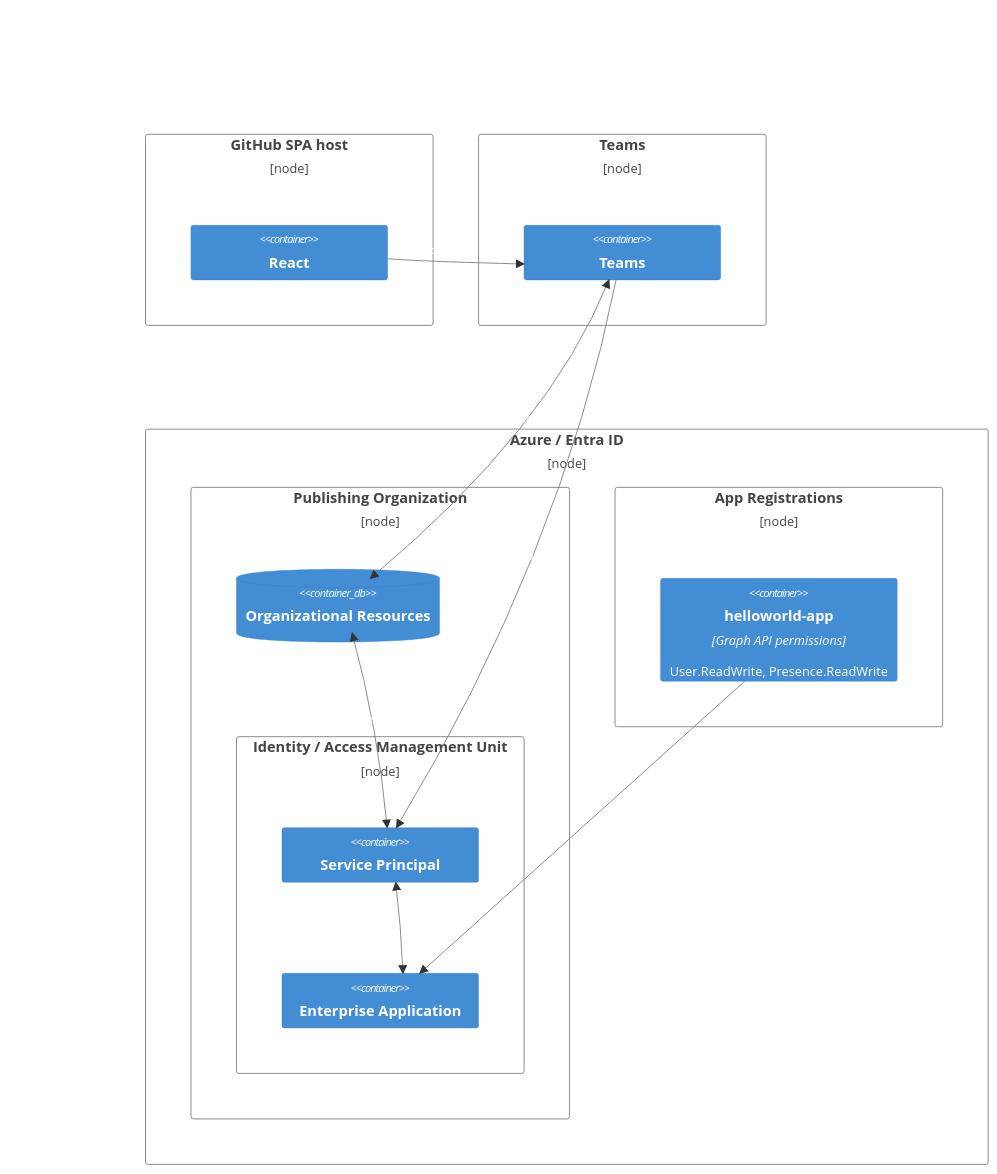
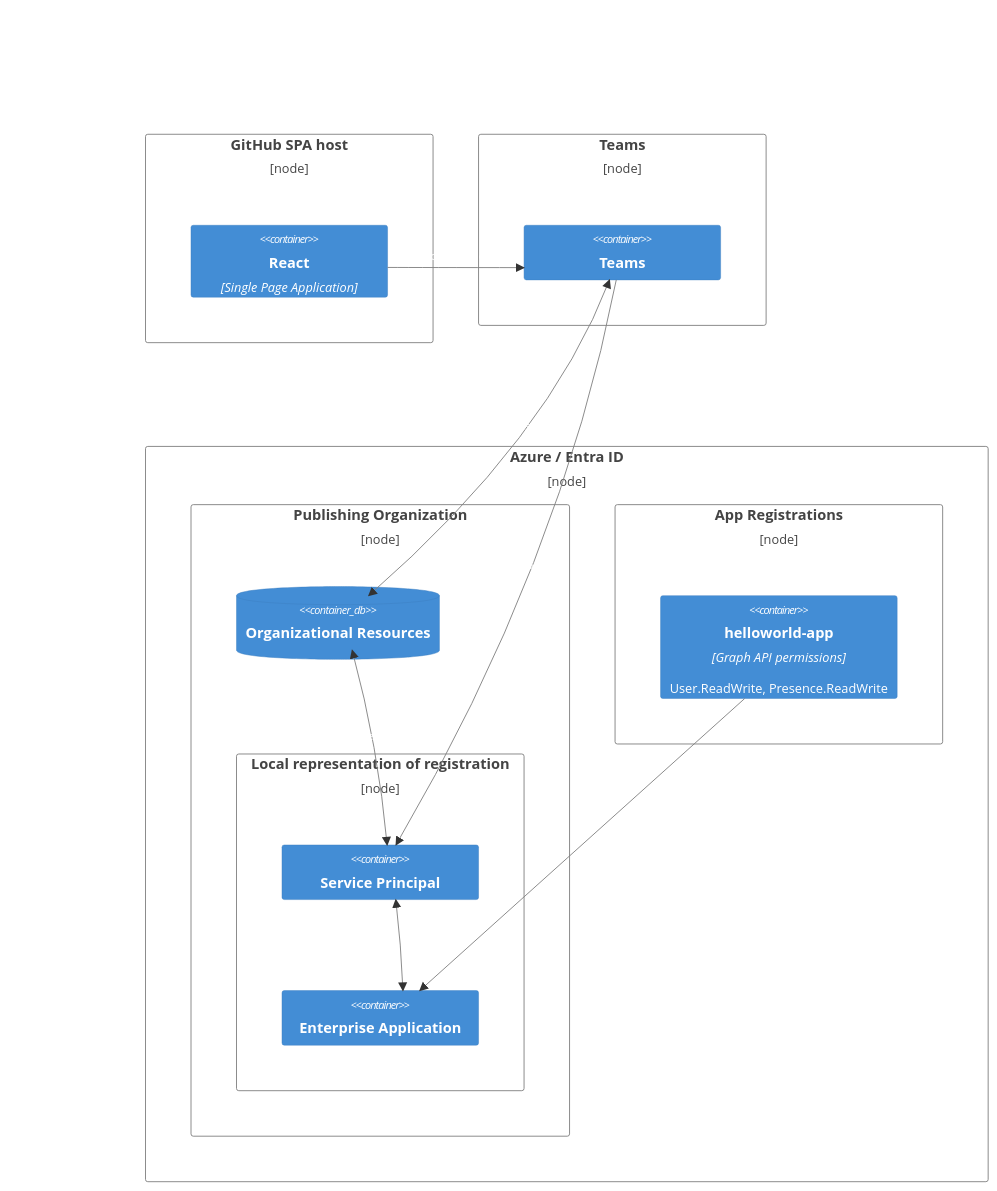
One commit to CynicDog/azure-entra-in-spa changed the diagram in README.md. Above: the diagram before and after it, drawn with Mermaid.

````diff
--- a/README.md
+++ b/README.md
@@ -2,48 +2,48 @@
 ```mermaid
 C4Deployment
     title  
     
     Deployment_Node(github, "GitHub SPA host") {
-        Container(React, "React", "", "")
+        Container(React, "React", "Single Page Application", "")
     }
 
     Deployment_Node(teams, "Teams") {
         Container(Teams, "Teams", "", "")
     }
 
     Deployment_Node(azure, "Azure / Entra ID") {
         Deployment_Node(organizationalResources, "Publishing Organization") {
             ContainerDb(Organizational_Resources, "Organizational Resources", "")
             
-            Deployment_Node(publishingOrganization, "Identity / Access Management Unit") {
+            Deployment_Node(publishingOrganization, "Local representation of registration") {
                 Container(Service_Principal, "Service Principal", "", "")
                 Container(Enterprise_Application, "Enterprise Application", "", "")        
             }
         }
 
         Deployment_Node(appRegistrations, "App Registrations") {
                     Container(helloworld_app, "helloworld-app", "Graph API permissions", "User.ReadWrite, Presence.ReadWrite")
         }
     }
     
     Rel(helloworld_app, Enterprise_Application, "Exposes as")
     Rel(Teams, Service_Principal, "Delegates to")
     Rel(React, Teams, "Provides endpoint")
     BiRel(Service_Principal, Organizational_Resources, "Accesses")
     BiRel(Teams, Organizational_Resources, "On behalf of user")
     BiRel(Enterprise_Application, Service_Principal, "")
 
     UpdateElementStyle(azure, $borderColor="gray")
     UpdateElementStyle(github, $borderColor="gray")
     UpdateElementStyle(teams, $borderColor="gray")
     UpdateElementStyle(organizationalResources, $borderColor="gray")
     UpdateElementStyle(appRegistrations, $borderColor="gray")
     UpdateElementStyle(publishingOrganization, $borderColor="gray")
     
     UpdateRelStyle(helloworld_app, Enterprise_Application, $textColor="white", $lineColor="gray", ,$offsetX="5")
     UpdateRelStyle(Teams, Service_Principal, $textColor="white", $lineColor="gray", $offsetX="-40")
     UpdateRelStyle(React, Teams, $textColor="white", $lineColor="gray", $offsetY="-15", $offsetX="-40")
     UpdateRelStyle(Service_Principal, Organizational_Resources, $textColor="white", $lineColor="gray", $offsetY="-15", $offsetX="-40")
     UpdateRelStyle(Teams, Organizational_Resources, $textColor="white", $lineColor="gray", $offsetY="-15", $offsetX="-40")
     UpdateRelStyle(Enterprise_Application, Service_Principal, $textColor="white", $lineColor="gray")
 ```
````
